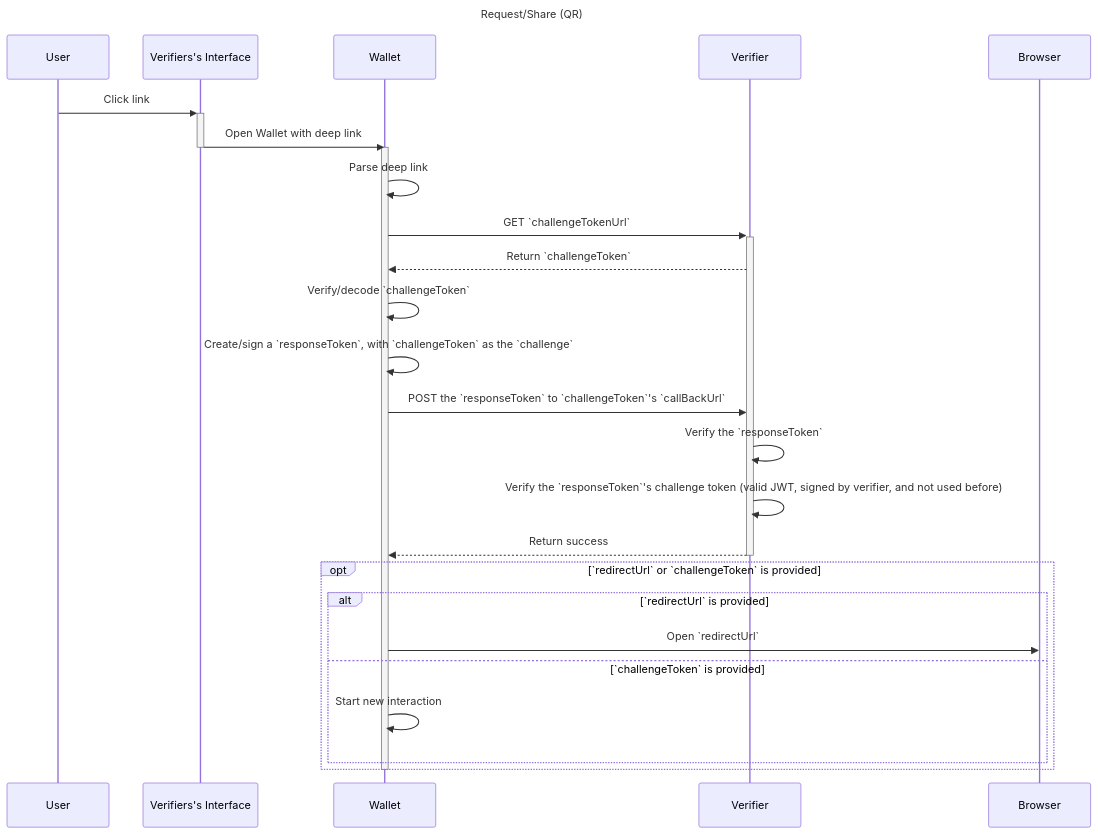
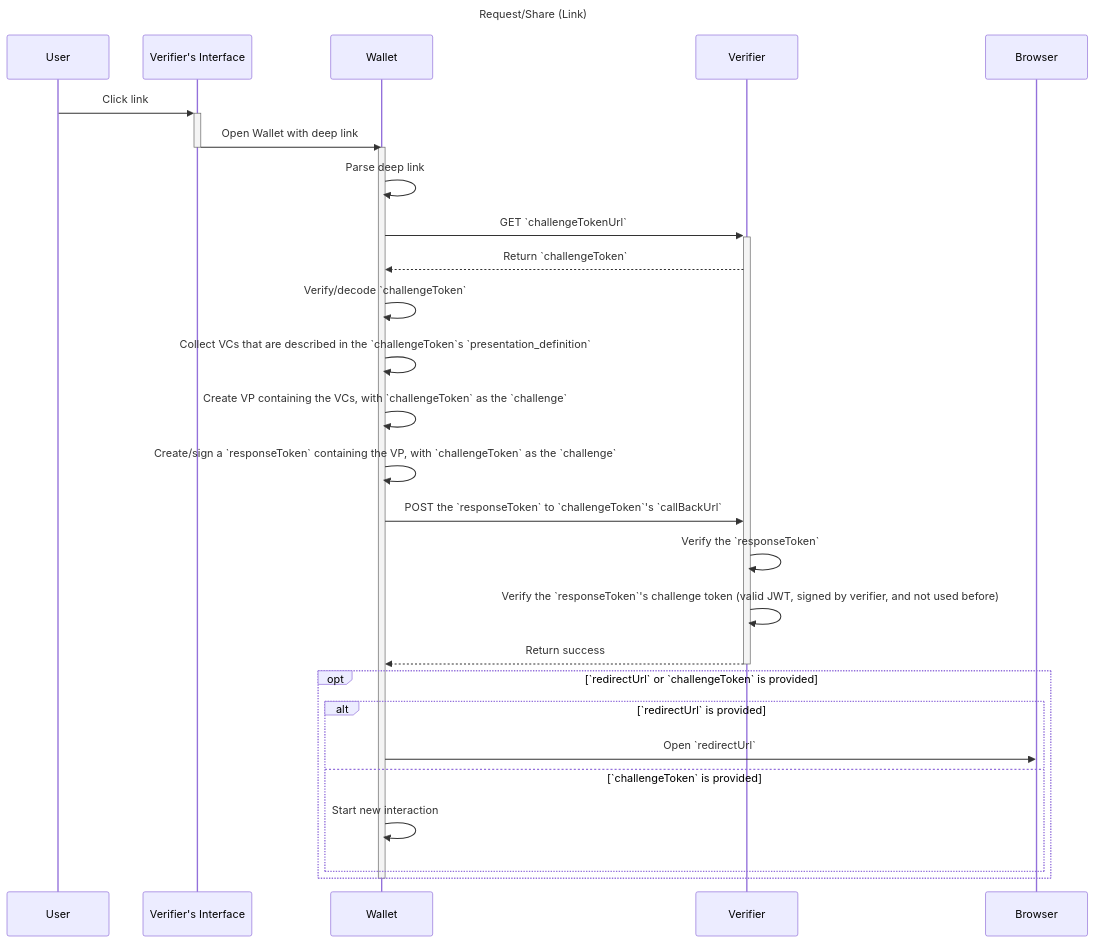
The sixth of 6 diagrams in spec/spec.md (decentralized-identity/waci-presentation-exchange), drawn with Mermaid before and after one commit. The commit also changed other lines of this file and 31 other files, not shown here.

````diff
--- a/spec/spec.md
+++ b/spec/spec.md
@@ -514,33 +626,35 @@
 ```mermaid
 sequenceDiagram
-  title: Request/Share (QR)
+  title: Request/Share (Link)
 
-  User ->>+ Verifiers's Interface: Click link
+  User ->>+ Verifier's Interface: Click link
 
-  Verifiers's Interface ->>- Wallet: Open Wallet with deep link
+  Verifier's Interface ->>- Wallet: Open Wallet with deep link
 
   activate Wallet
 
   Wallet ->> Wallet: Parse deep link
 
   Wallet ->>+ Verifier: GET `challengeTokenUrl`
   Verifier -->> Wallet: Return `challengeToken`
 
   Wallet ->> Wallet: Verify/decode `challengeToken`
-  Wallet ->> Wallet: Create/sign a `responseToken`, with `challengeToken` as the `challenge`
+  Wallet ->> Wallet: Collect VCs that are described in the `challengeToken`s `presentation_definition`
+  Wallet ->> Wallet: Create VP containing the VCs, with `challengeToken` as the `challenge`
+  Wallet ->> Wallet: Create/sign a `responseToken` containing the VP, with `challengeToken` as the `challenge`
 
   Wallet ->> Verifier: POST the `responseToken` to `challengeToken`'s `callBackUrl`
   Verifier ->> Verifier: Verify the `responseToken`
   Verifier ->> Verifier: Verify the `responseToken`'s challenge token (valid JWT, signed by verifier, and not used before)
   Verifier -->>- Wallet: Return success
 
   opt `redirectUrl` or `challengeToken` is provided
     alt `redirectUrl` is provided
       Wallet ->> Browser: Open `redirectUrl`
     else `challengeToken` is provided
       Wallet ->> Wallet: Start new interaction
     end
   end
 
   deactivate Wallet
 ```
````
